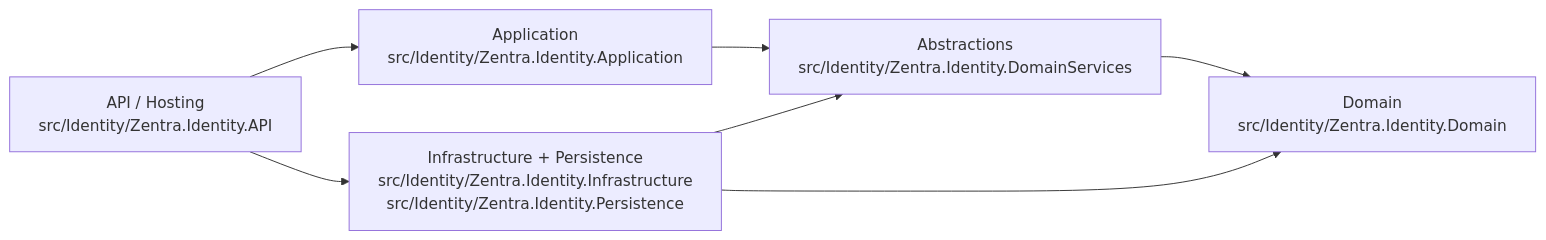
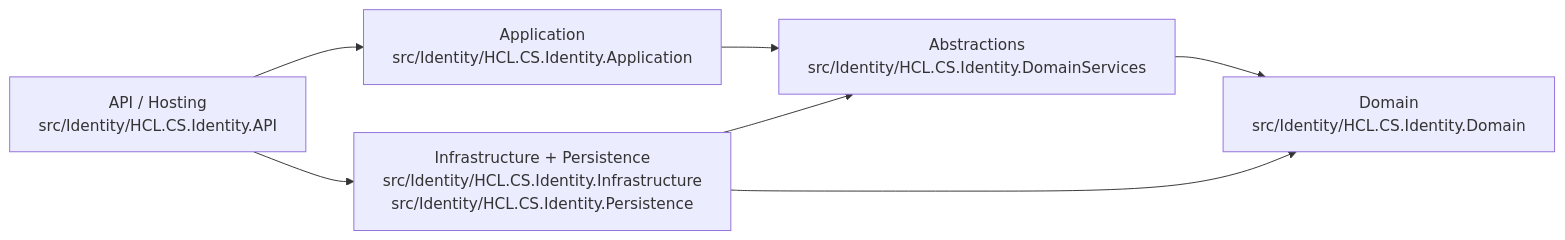
The diagram in docs/ARCHITECTURE_MAP.md (feroz-hub/SF), drawn with Mermaid before and after one commit. The commit also changed other lines of this file and 2233 other files, not shown here.

````diff
--- a/docs/ARCHITECTURE_MAP.md
+++ b/docs/ARCHITECTURE_MAP.md
@@ -5,9 +5,9 @@
 ```mermaid
 flowchart LR
-    API[API / Hosting\nsrc/Identity/Zentra.Identity.API] --> APP[Application\nsrc/Identity/Zentra.Identity.Application]
-    API --> INFRA[Infrastructure + Persistence\nsrc/Identity/Zentra.Identity.Infrastructure\nsrc/Identity/Zentra.Identity.Persistence]
-    APP --> ABS[Abstractions\nsrc/Identity/Zentra.Identity.DomainServices]
-    ABS --> DOMAIN[Domain\nsrc/Identity/Zentra.Identity.Domain]
+    API[API / Hosting\nsrc/Identity/HCL.CS.Identity.API] --> APP[Application\nsrc/Identity/HCL.CS.Identity.Application]
+    API --> INFRA[Infrastructure + Persistence\nsrc/Identity/HCL.CS.Identity.Infrastructure\nsrc/Identity/HCL.CS.Identity.Persistence]
+    APP --> ABS[Abstractions\nsrc/Identity/HCL.CS.Identity.DomainServices]
+    ABS --> DOMAIN[Domain\nsrc/Identity/HCL.CS.Identity.Domain]
     INFRA --> ABS
     INFRA --> DOMAIN
 ```
````
